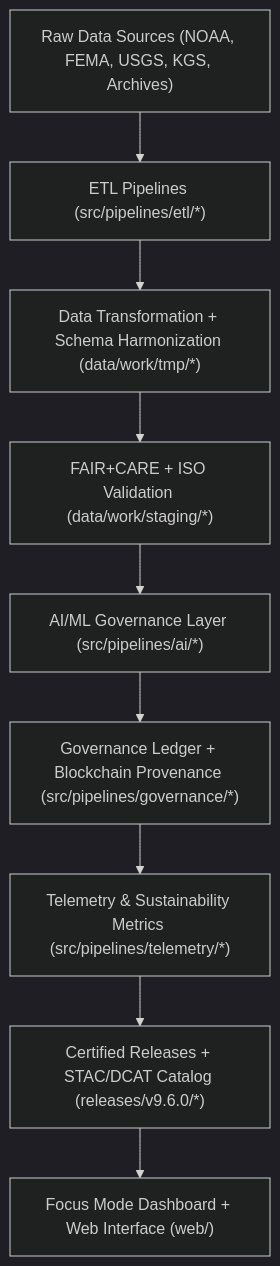
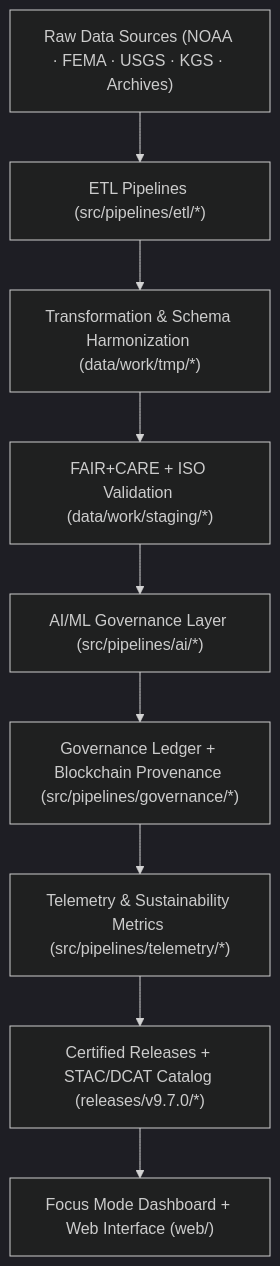
One commit to bartytime4life/Kansas-Frontier-Matrix changed the first of 5 diagrams in docs/architecture/data-flow-diagrams.md. Above: the diagram before and after it, drawn with Mermaid (dark theme). The commit also changed other lines of this file, not shown here.

Commit message:
Update data flow diagrams to version 9.7.0

````diff
--- a/docs/architecture/data-flow-diagrams.md
+++ b/docs/architecture/data-flow-diagrams.md
@@ -47,11 +46,11 @@
 ```mermaid
 flowchart TD
-    A["Raw Data Sources (NOAA, FEMA, USGS, KGS, Archives)"] --> B["ETL Pipelines (src/pipelines/etl/*)"]
-    B --> C["Data Transformation + Schema Harmonization (data/work/tmp/*)"]
+    A["Raw Data Sources (NOAA · FEMA · USGS · KGS · Archives)"] --> B["ETL Pipelines (src/pipelines/etl/*)"]
+    B --> C["Transformation & Schema Harmonization (data/work/tmp/*)"]
     C --> D["FAIR+CARE + ISO Validation (data/work/staging/*)"]
     D --> E["AI/ML Governance Layer (src/pipelines/ai/*)"]
     E --> F["Governance Ledger + Blockchain Provenance (src/pipelines/governance/*)"]
     F --> G["Telemetry & Sustainability Metrics (src/pipelines/telemetry/*)"]
-    G --> H["Certified Releases + STAC/DCAT Catalog (releases/v9.6.0/*)"]
+    G --> H["Certified Releases + STAC/DCAT Catalog (releases/v9.7.0/*)"]
     H --> I["Focus Mode Dashboard + Web Interface (web/)"]
 ```
````
